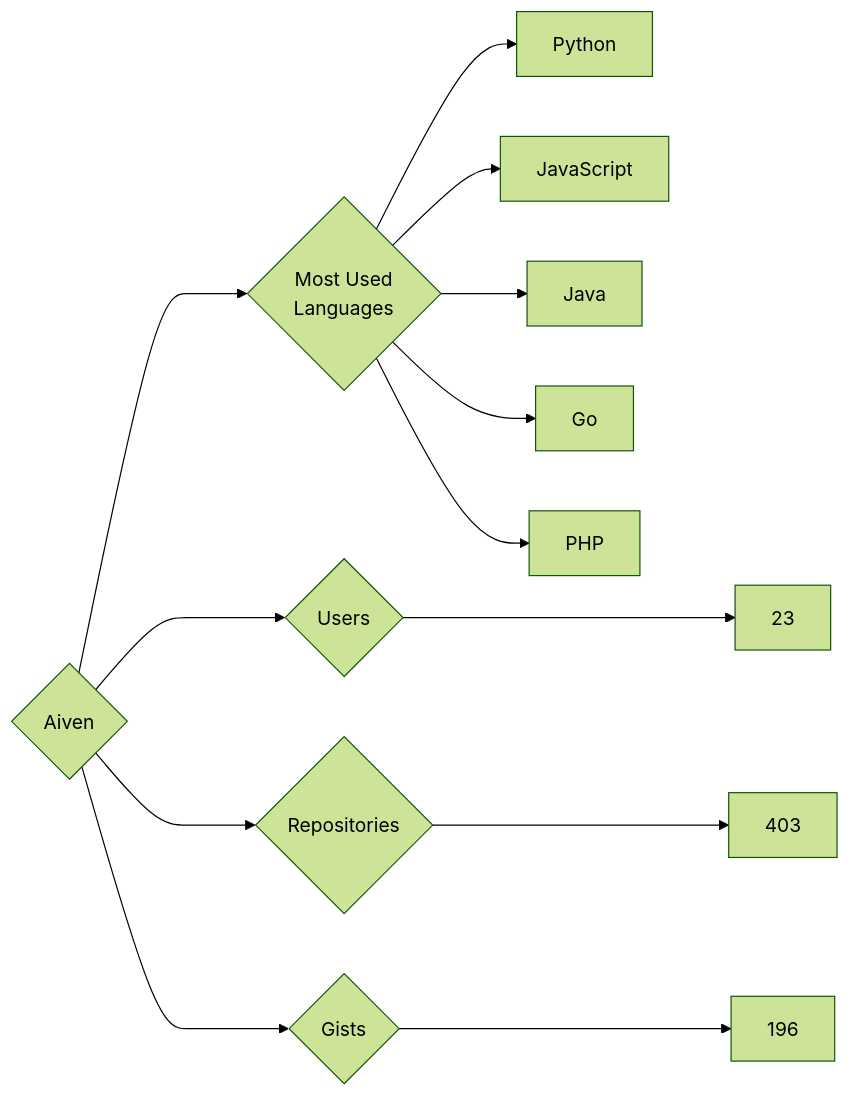
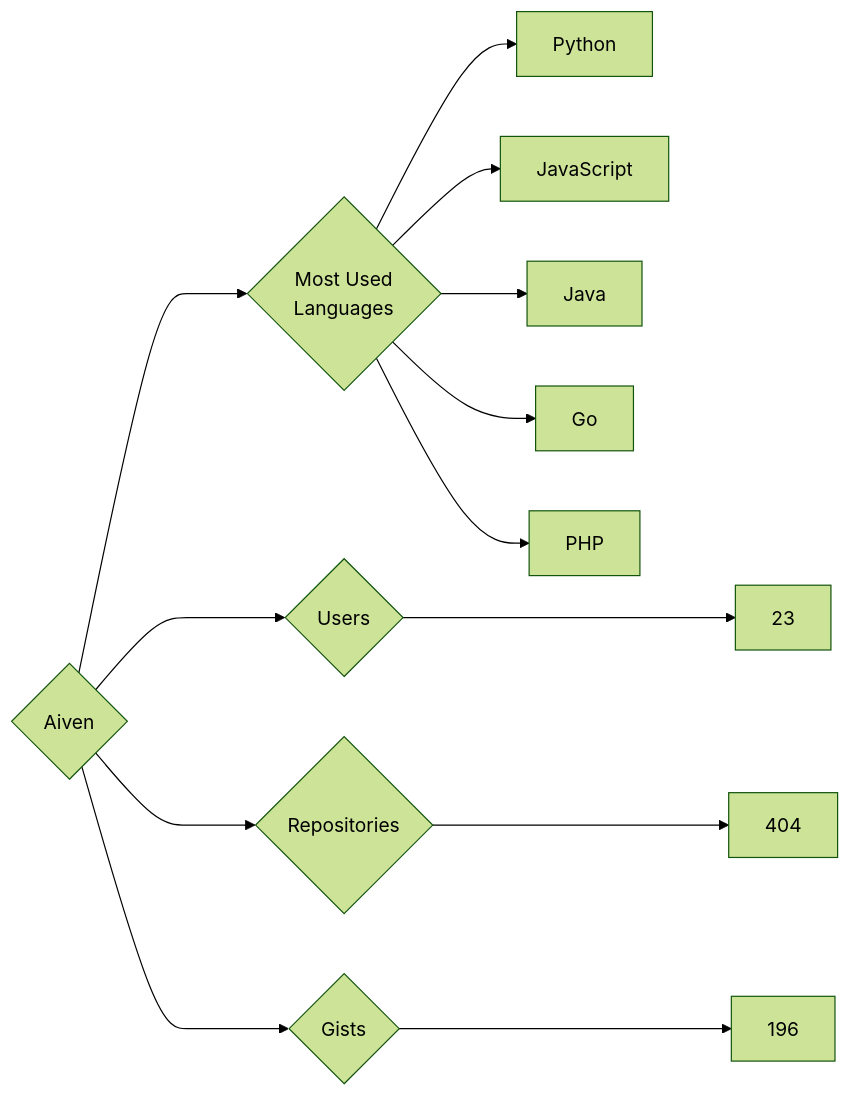
One commit to trickest/insiders changed the diagram in targets/Aiven/README.md. Above: the diagram before and after it, drawn with Mermaid (forest theme). The commit also changed 894 other files, not shown here.

````diff
--- a/targets/Aiven/README.md
+++ b/targets/Aiven/README.md
@@ -3,13 +3,13 @@
 ```mermaid
 graph LR
 COMPANY_NAME{Aiven}
 COMPANY_NAME ---> U{Users} ---> UN[23]
-COMPANY_NAME ---> R{Repositories} ---> RN[403]
+COMPANY_NAME ---> R{Repositories} ---> RN[404]
 COMPANY_NAME ---> G{Gists} ---> GN[196]
 COMPANY_NAME ---> ML{Most Used<br>Languages}
 ML --> Python[Python]
 ML --> JavaScript[JavaScript]
 ML --> Java[Java]
 ML --> Go[Go]
 ML --> PHP[PHP]
 ```
````
